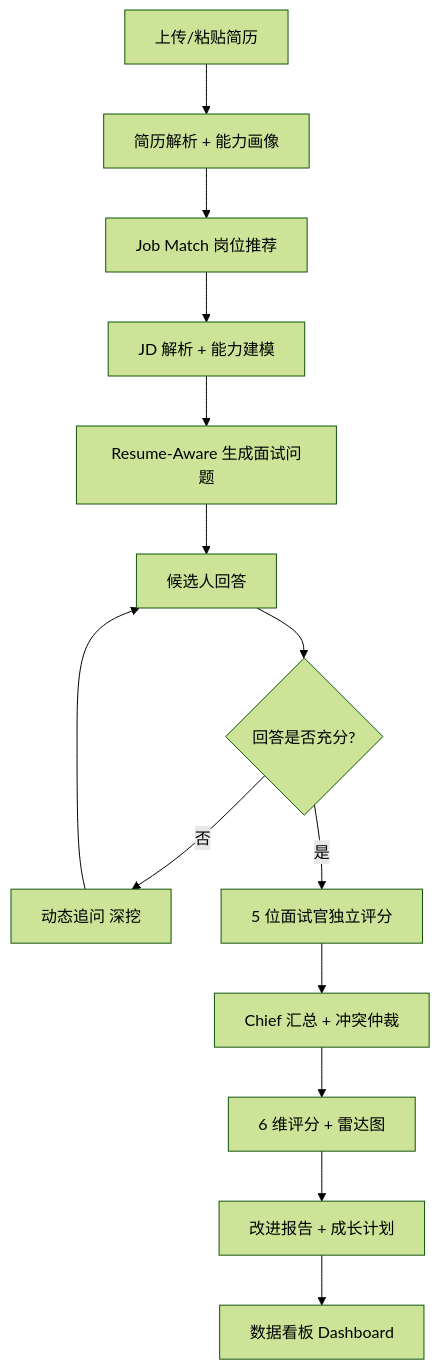
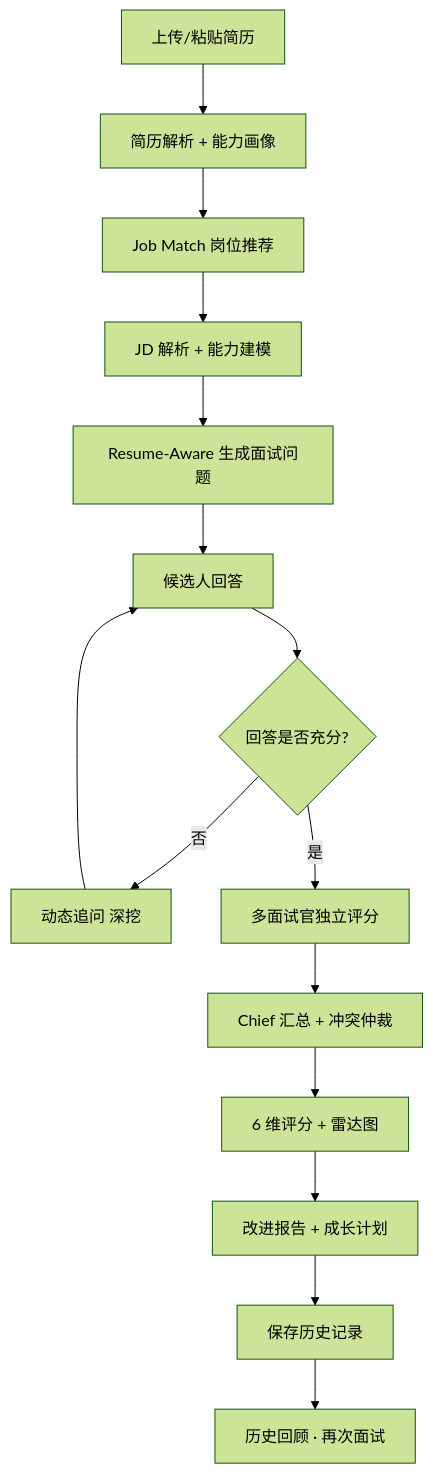
Before and after one commit to Joezy331/resume-aware-interview-agent: the second of 2 diagrams in README.md, drawn with Mermaid (forest theme). The commit also changed other lines of this file and 49 other files, not shown here.

````diff
--- a/README.md
+++ b/README.md
@@ -145,16 +175,17 @@
 ```mermaid
 flowchart TD
     A[上传/粘贴简历] --> B[简历解析 + 能力画像]
     B --> C[Job Match 岗位推荐]
     C --> D[JD 解析 + 能力建模]
     D --> E[Resume-Aware 生成面试问题]
     E --> F[候选人回答]
     F --> G{回答是否充分?}
     G -- 否 --> H[动态追问 深挖]
     H --> F
-    G -- 是 --> I[5 位面试官独立评分]
+    G -- 是 --> I[多面试官独立评分]
     I --> J[Chief 汇总 + 冲突仲裁]
     J --> K[6 维评分 + 雷达图]
     K --> L[改进报告 + 成长计划]
-    L --> M[数据看板 Dashboard]
+    L --> M[保存历史记录]
+    M --> N[历史回顾 · 再次面试]
 ```
````
